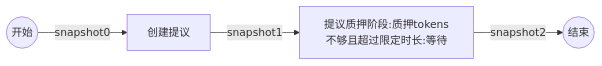
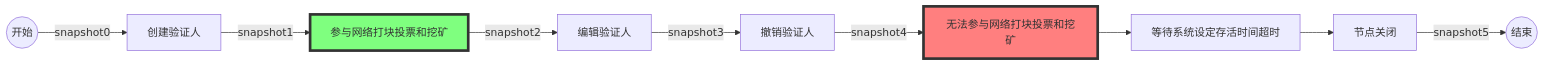
The third of 4 diagrams in docs/testcase/qoscli/query_tx/validator/业务串联情景/验证节点业务.md (wangkuanzzu/qos), drawn with Mermaid before and after one commit. The commit also changed other lines of this file and 5 other files, not shown here.

````diff
--- a/docs/testcase/qoscli/query_tx/validator/业务串联情景/验证节点业务.md
+++ b/docs/testcase/qoscli/query_tx/validator/业务串联情景/验证节点业务.md
@@ -37,6 +35,14 @@
 ```mermaid
 graph LR
-    start((开始)) --snapshot0--> create[创建提议]
-    create --snapshot1--> deposit[提议质押阶段:质押tokens不够且超过限定时长:等待]
-    deposit --snapshot2--> over((结束))
+    start((开始)) --snapshot0--> create[创建验证人]
+    create --snapshot1--> income1[参与网络打块投票和挖矿]
+    income1 --snapshot2--> modify[编辑验证人]
+    modify --snapshot3--> revoke[撤销验证人]
+    revoke --snapshot4--> income2[无法参与网络打块投票和挖矿]
+    income2 --> wait[等待系统设定存活时间超时]
+    wait --> closed[节点关闭]
+    closed --snapshot5--> over((结束))
+
+    style income1 fill:#0f0,stroke:#333,stroke-width:4px,fill-opacity:0.5
+    style income2 fill:#f00,stroke:#333,stroke-width:4px,fill-opacity:0.5
 ```
````
